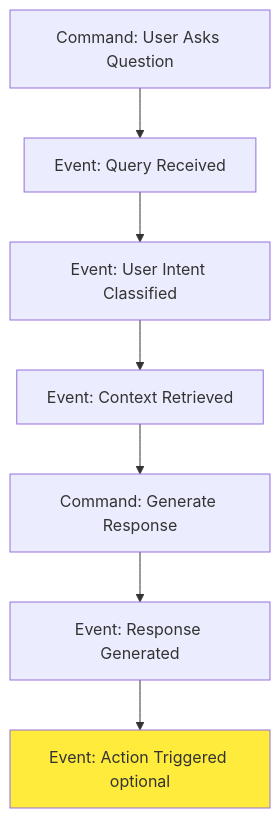
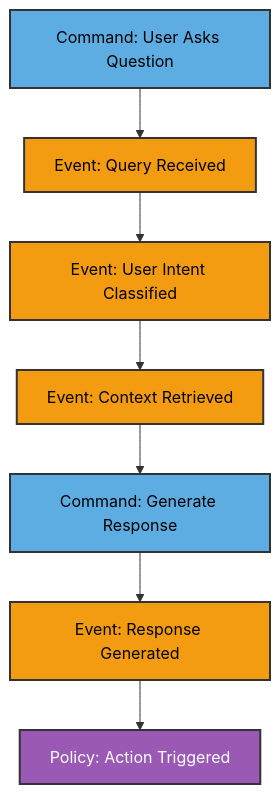
The ninth of 10 diagrams in EVENT_STORMING.md (SumoSumir/kata-na), drawn with Mermaid before and after one commit. The commit also changed other lines of this file and 4 other files, not shown here.

````diff
--- a/EVENT_STORMING.md
+++ b/EVENT_STORMING.md
@@ -160,11 +248,17 @@
 ```mermaid
 graph TD
     CMD1[Command: User Asks Question] --> E1[Event: Query Received]
     E1 --> E2[Event: User Intent Classified]
     E2 --> E3[Event: Context Retrieved]
     E3 --> CMD2[Command: Generate Response]
     CMD2 --> E4[Event: Response Generated]
-    E4 --> E5[Event: Action Triggered optional]
+    E4 --> POL1[Policy: Action Triggered]
     
-    style E5 fill:#ffeb3b
+    style CMD1 fill:#5DADE2,stroke:#333,stroke-width:2px,color:#000
+    style E1 fill:#F39C12,stroke:#333,stroke-width:2px,color:#000
+    style E2 fill:#F39C12,stroke:#333,stroke-width:2px,color:#000
+    style E3 fill:#F39C12,stroke:#333,stroke-width:2px,color:#000
+    style CMD2 fill:#5DADE2,stroke:#333,stroke-width:2px,color:#000
+    style E4 fill:#F39C12,stroke:#333,stroke-width:2px,color:#000
+    style POL1 fill:#9B59B6,stroke:#333,stroke-width:2px,color:#fff
 ```
````
